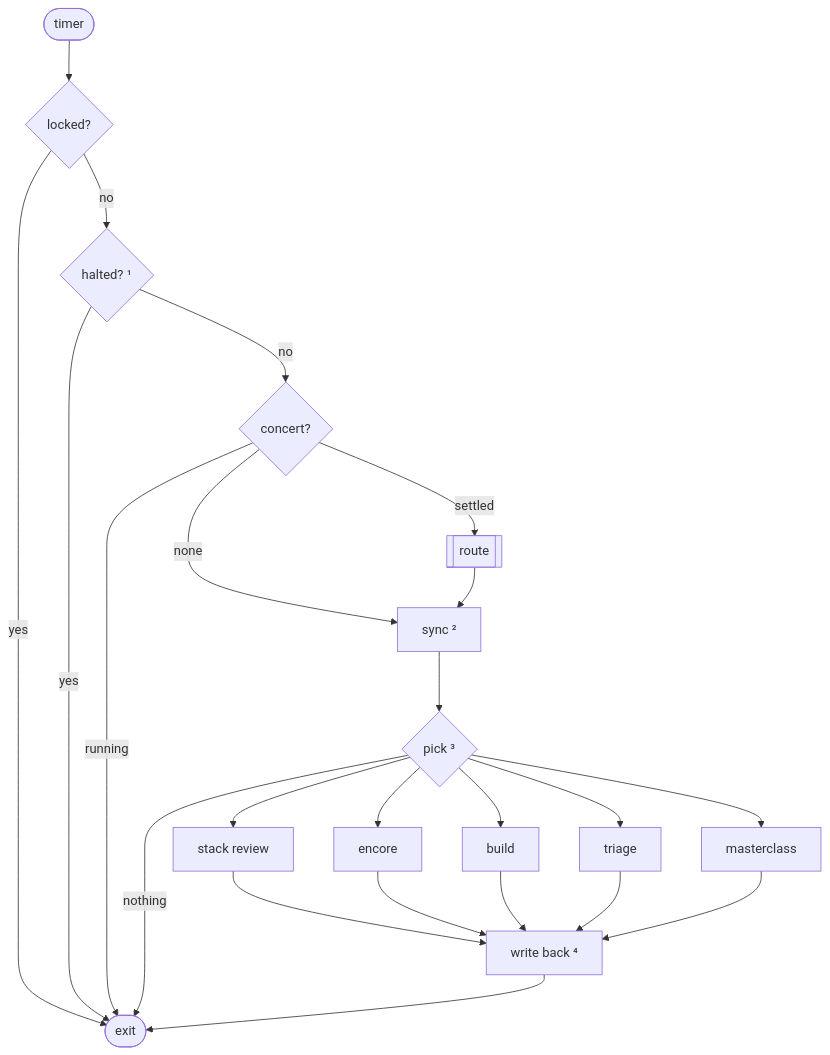
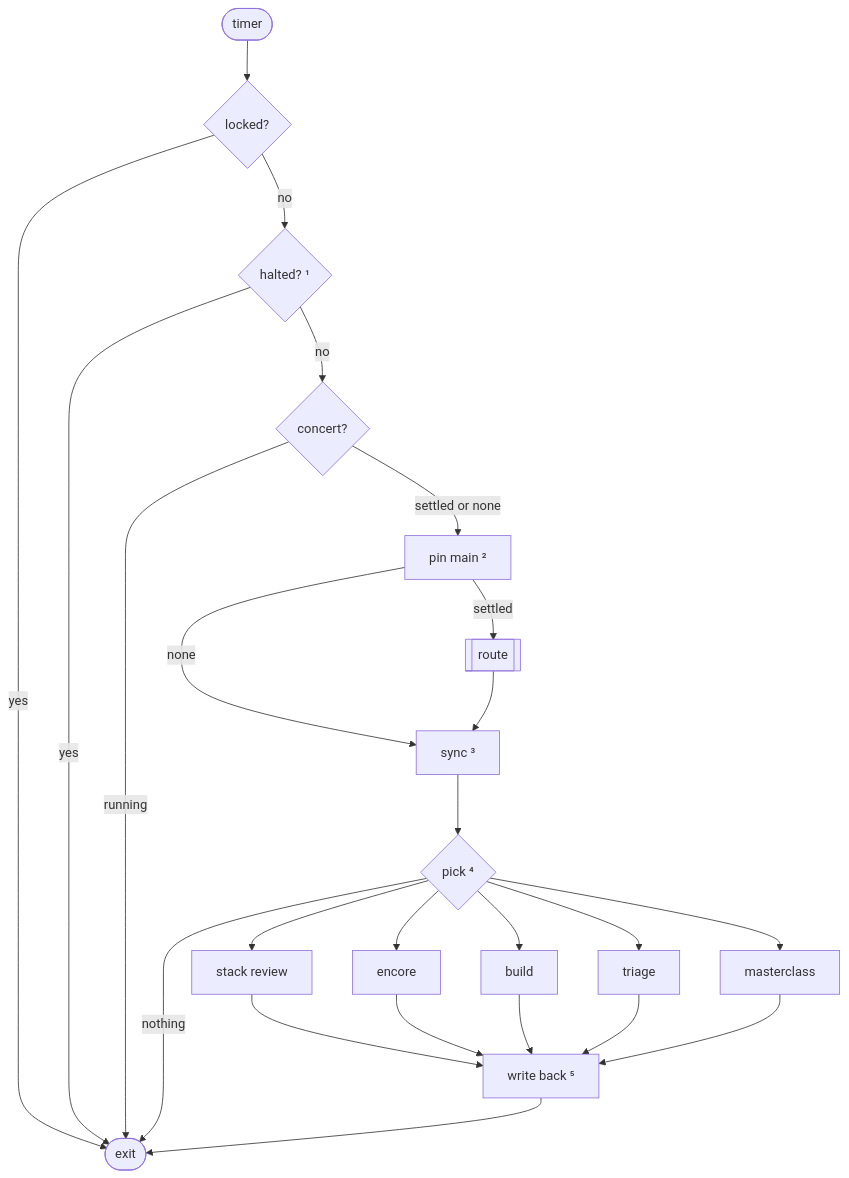
The third of 5 diagrams in docs/agents/factory.md (dvalnn/maestro), drawn with Mermaid before and after one commit. The commit also changed other lines of this file and 7 other files, not shown here.

First line of the commit message:
fix(factory): pin each pass to the forge's main

````diff
--- a/docs/agents/factory.md
+++ b/docs/agents/factory.md
@@ -95,20 +95,21 @@
 ```mermaid
 flowchart TD
     T(["timer"]) --> L{"locked?"}
     L -->|yes| X(["exit"])
     L -->|no| H{"halted? ¹"}
     H -->|yes| X
     H -->|no| C{"concert?"}
     C -->|running| X
-    C -->|settled| S[["route"]]
-    C -->|none| SY
-    S --> SY["sync ²"]
-    SY --> P{"pick ³"}
+    C -->|"settled or none"| B["pin main ²"]
+    B -->|settled| S[["route"]]
+    B -->|none| SY
+    S --> SY["sync ³"]
+    SY --> P{"pick ⁴"}
     P --> SR["stack review"]
     P --> E["encore"]
     P --> SL["build"]
     P --> TR["triage"]
     P --> MC["masterclass"]
     P -->|nothing| X
-    SR & E & SL & TR & MC --> W["write back ⁴"] --> X
+    SR & E & SL & TR & MC --> W["write back ⁵"] --> X
 ```
````
